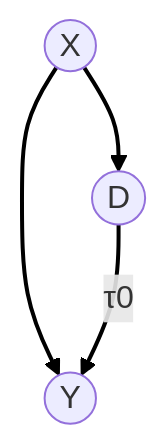
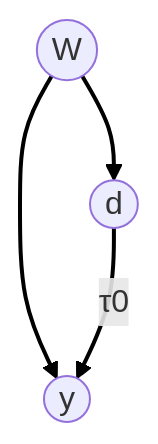
One commit to jakepenzak/caml changed the diagram in docs/03_Reference/make_partially_linear_dataset_constant.qmd. Above: the diagram before and after it, drawn with Mermaid. The commit also changed other lines of this file and 30 other files, not shown here.

````diff
--- a/docs/03_Reference/make_partially_linear_dataset_constant.qmd
+++ b/docs/03_Reference/make_partially_linear_dataset_constant.qmd
@@ -24,8 +24,8 @@
 ```{mermaid}
 flowchart TD;
-    X((X))-->D((D));
-    X((X))-->Y((Y));
-    D((D))-->|"τ0"|Y((Y));
+    W((W))-->d((d));
+    W((W))-->y((y));
+    d((d))-->|"τ0"|y((y));
     linkStyle 0,1 stroke:black,stroke-width:2px
     linkStyle 1,2 stroke:black,stroke-width:2px
 ```
````
